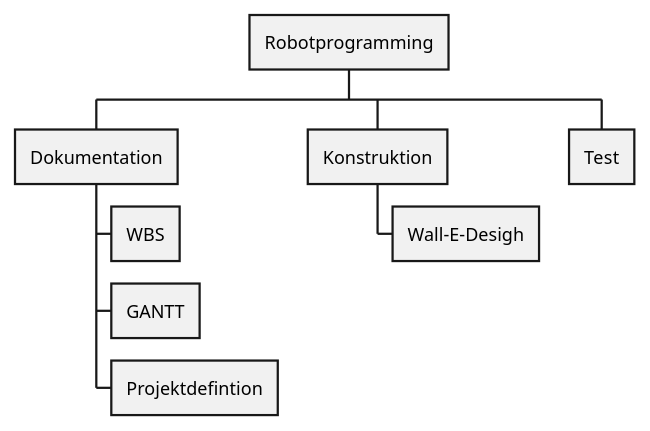
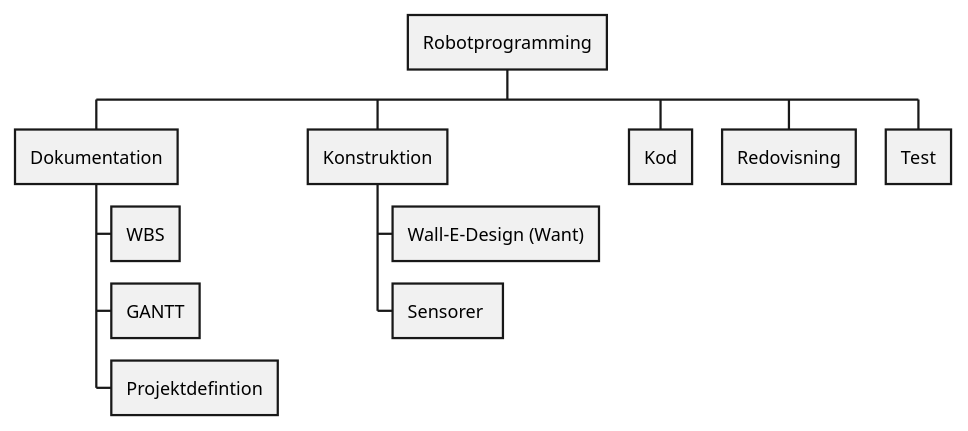
Before and after one commit to MattiasLindgren278/robot_project_18: the diagram in PlantUML/wbs.puml, drawn with PlantUML.

Commit message:
updating wbs

```diff
--- a/PlantUML/wbs.puml
+++ b/PlantUML/wbs.puml
@@ -1,10 +1,13 @@
 @startwbs
 * Robotprogramming
 ** Dokumentation
 *** WBS
 *** GANTT
 *** Projektdefintion
 ** Konstruktion
-*** Wall-E-Desigh
+*** Wall-E-Design (Want)
+*** Sensorer 
+** Kod
+** Redovisning
 ** Test
 @endwbs
```
